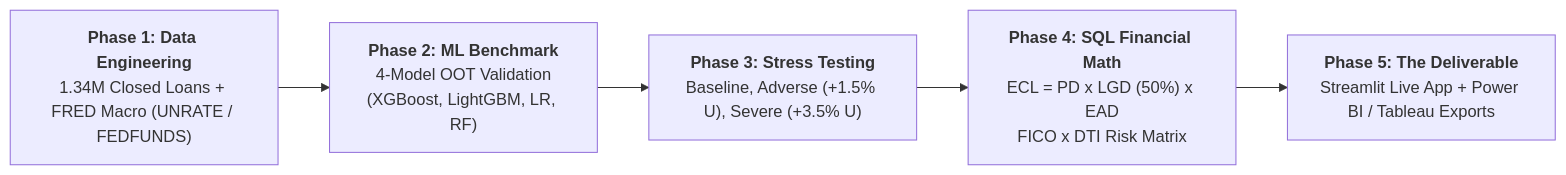
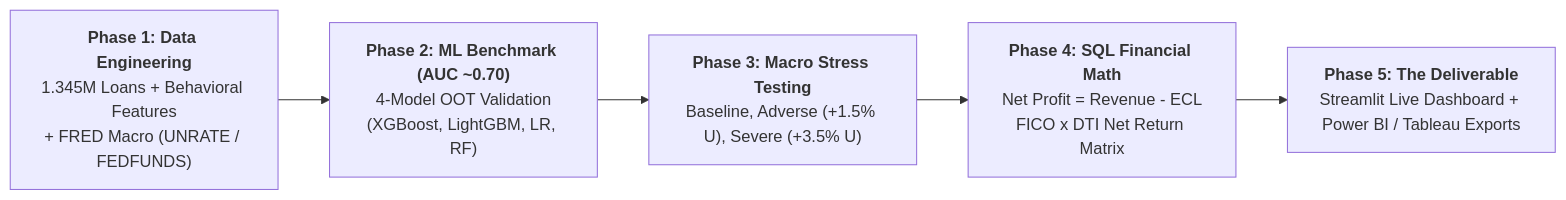
The diagram in README.md (JAMIEL-J/credit-risk-analysis), drawn with Mermaid before and after one commit. The commit also changed other lines of this file and 27 other files, not shown here.

Commit message:
feat: enrich 10 behavioral features (AUC ~0.70) and implement Risk-Adjusted Net Profit underwriting policy

````diff
--- a/README.md
+++ b/README.md
@@ -31,7 +36,7 @@
 ```mermaid
 flowchart LR
-    P1["<b>Phase 1: Data Engineering</b><br/>1.34M Closed Loans + FRED Macro (UNRATE / FEDFUNDS)"] --> P2["<b>Phase 2: ML Benchmark</b><br/>4-Model OOT Validation<br/>(XGBoost, LightGBM, LR, RF)"]
-    P2 --> P3["<b>Phase 3: Stress Testing</b><br/>Baseline, Adverse (+1.5% U), Severe (+3.5% U)"]
-    P3 --> P4["<b>Phase 4: SQL Financial Math</b><br/>ECL = PD x LGD (50%) x EAD<br/>FICO x DTI Risk Matrix"]
-    P4 --> P5["<b>Phase 5: The Deliverable</b><br/>Streamlit Live App + Power BI / Tableau Exports"]
+    P1["<b>Phase 1: Data Engineering</b><br/>1.345M Loans + Behavioral Features<br/>+ FRED Macro (UNRATE / FEDFUNDS)"] --> P2["<b>Phase 2: ML Benchmark (AUC ~0.70)</b><br/>4-Model OOT Validation<br/>(XGBoost, LightGBM, LR, RF)"]
+    P2 --> P3["<b>Phase 3: Macro Stress Testing</b><br/>Baseline, Adverse (+1.5% U), Severe (+3.5% U)"]
+    P3 --> P4["<b>Phase 4: SQL Financial Math</b><br/>Net Profit = Revenue - ECL<br/>FICO x DTI Net Return Matrix"]
+    P4 --> P5["<b>Phase 5: The Deliverable</b><br/>Streamlit Live Dashboard + Power BI / Tableau Exports"]
 ```
````
